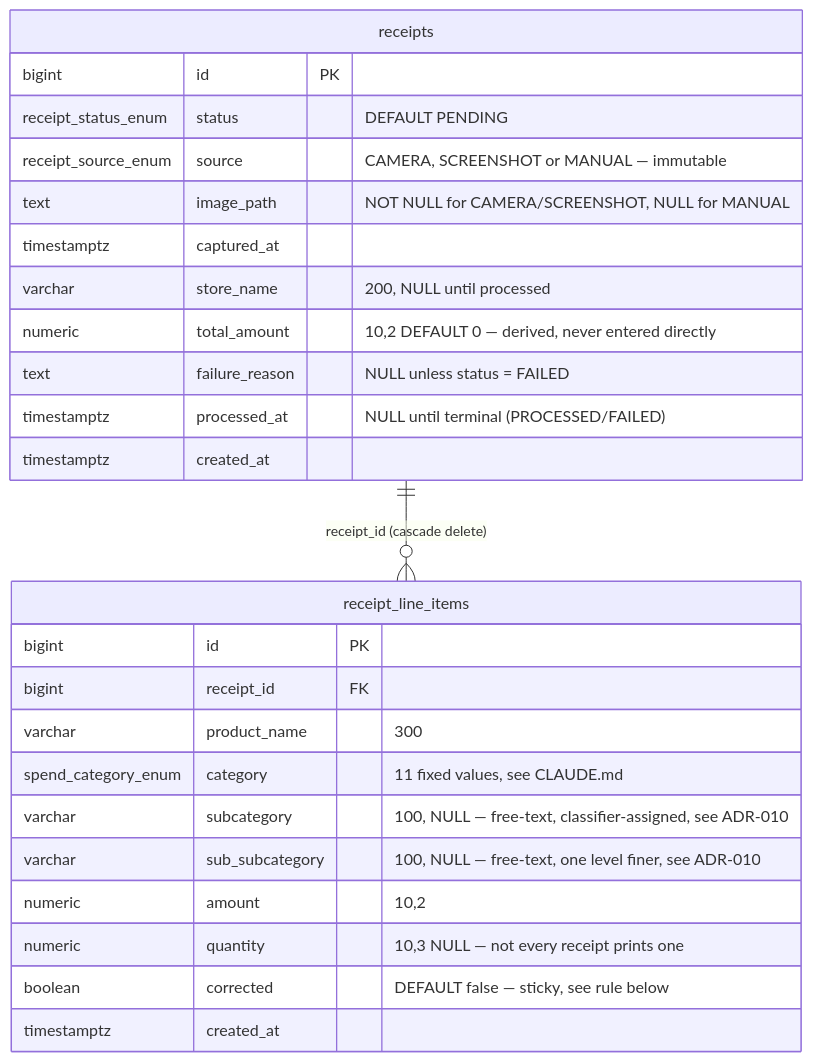
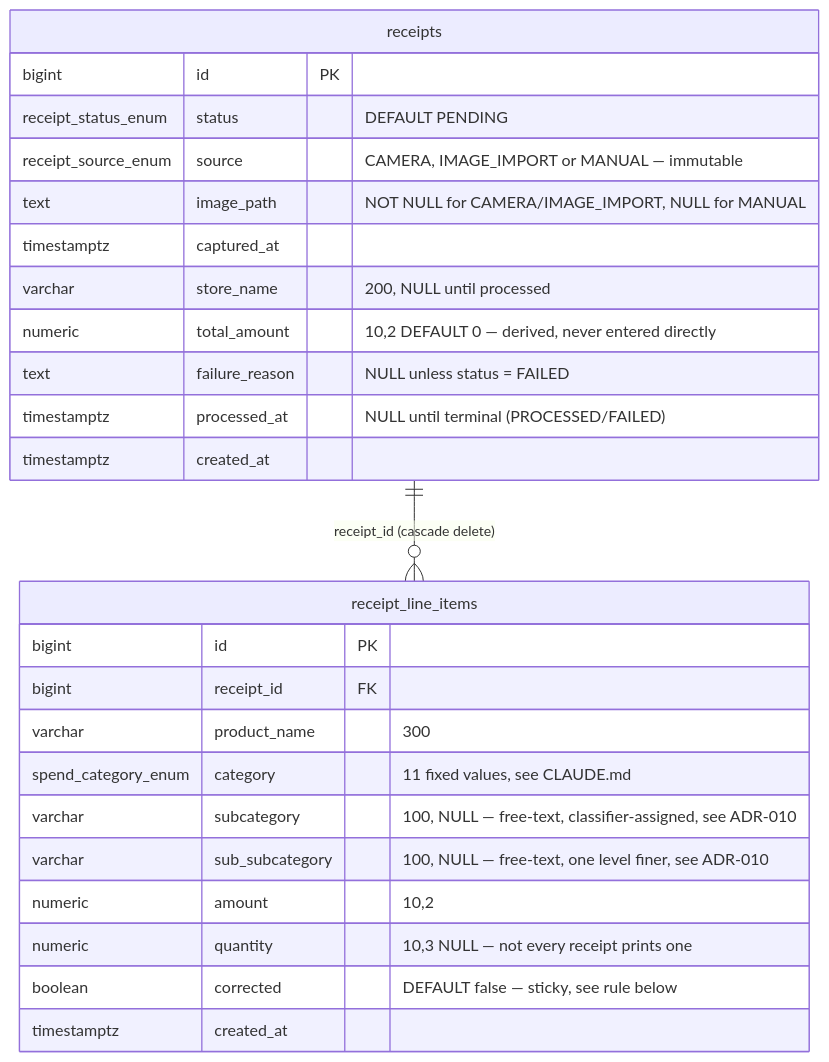
Before and after one commit to emicon123/receipts: the first of 3 diagrams in docs/architecture/02-domain-model-and-schema.md, drawn with Mermaid. The commit also changed other lines of this file and 14 other files, not shown here.

First line of the commit message:
docs(arch): IMAGE_IMPORT source contract for gallery/clipboard import

````diff
--- a/docs/architecture/02-domain-model-and-schema.md
+++ b/docs/architecture/02-domain-model-and-schema.md
@@ -38,29 +38,29 @@
 ```mermaid
 erDiagram
     receipts ||--o{ receipt_line_items : "receipt_id (cascade delete)"
 
     receipts {
         bigint id PK
         receipt_status_enum status "DEFAULT PENDING"
-        receipt_source_enum source "CAMERA, SCREENSHOT or MANUAL — immutable"
-        text image_path "NOT NULL for CAMERA/SCREENSHOT, NULL for MANUAL"
+        receipt_source_enum source "CAMERA, IMAGE_IMPORT or MANUAL — immutable"
+        text image_path "NOT NULL for CAMERA/IMAGE_IMPORT, NULL for MANUAL"
         timestamptz captured_at
         varchar store_name "200, NULL until processed"
         numeric total_amount "10,2 DEFAULT 0 — derived, never entered directly"
         text failure_reason "NULL unless status = FAILED"
         timestamptz processed_at "NULL until terminal (PROCESSED/FAILED)"
         timestamptz created_at
     }
     receipt_line_items {
         bigint id PK
         bigint receipt_id FK
         varchar product_name "300"
         spend_category_enum category "11 fixed values, see CLAUDE.md"
         varchar subcategory "100, NULL — free-text, classifier-assigned, see ADR-010"
         varchar sub_subcategory "100, NULL — free-text, one level finer, see ADR-010"
         numeric amount "10,2"
         numeric quantity "10,3 NULL — not every receipt prints one"
         boolean corrected "DEFAULT false — sticky, see rule below"
         timestamptz created_at
     }
 ```
````
